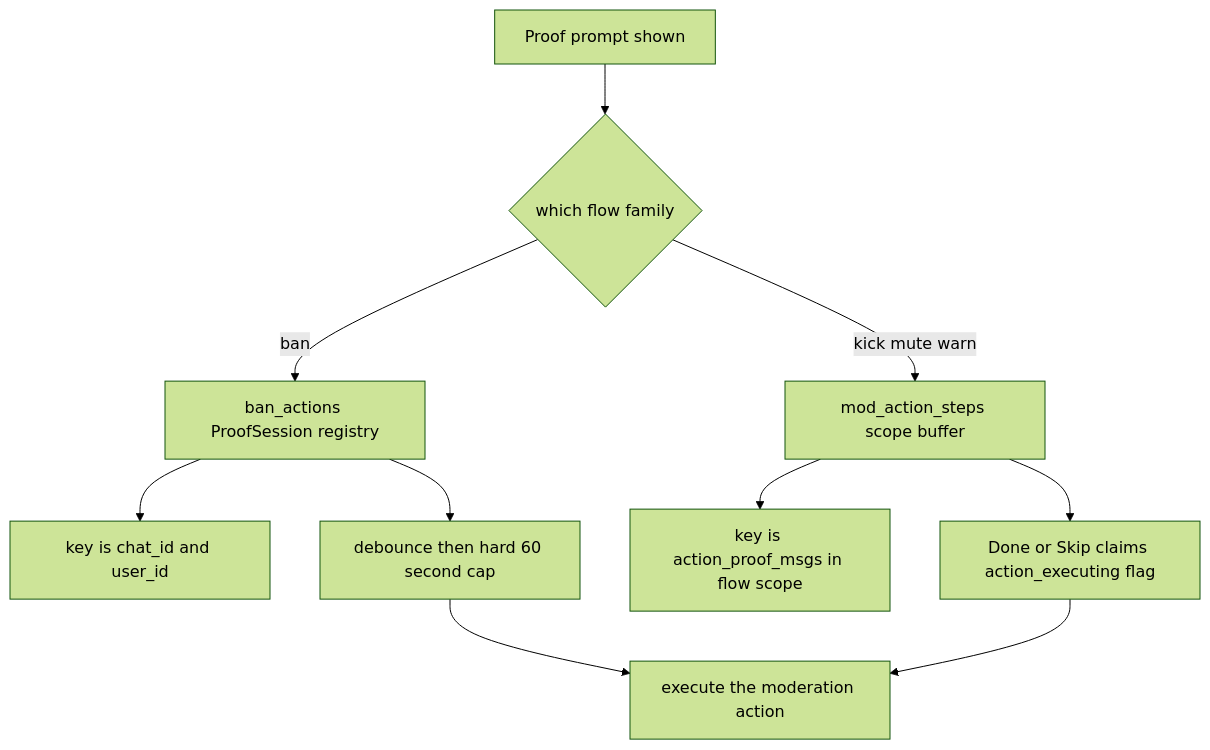
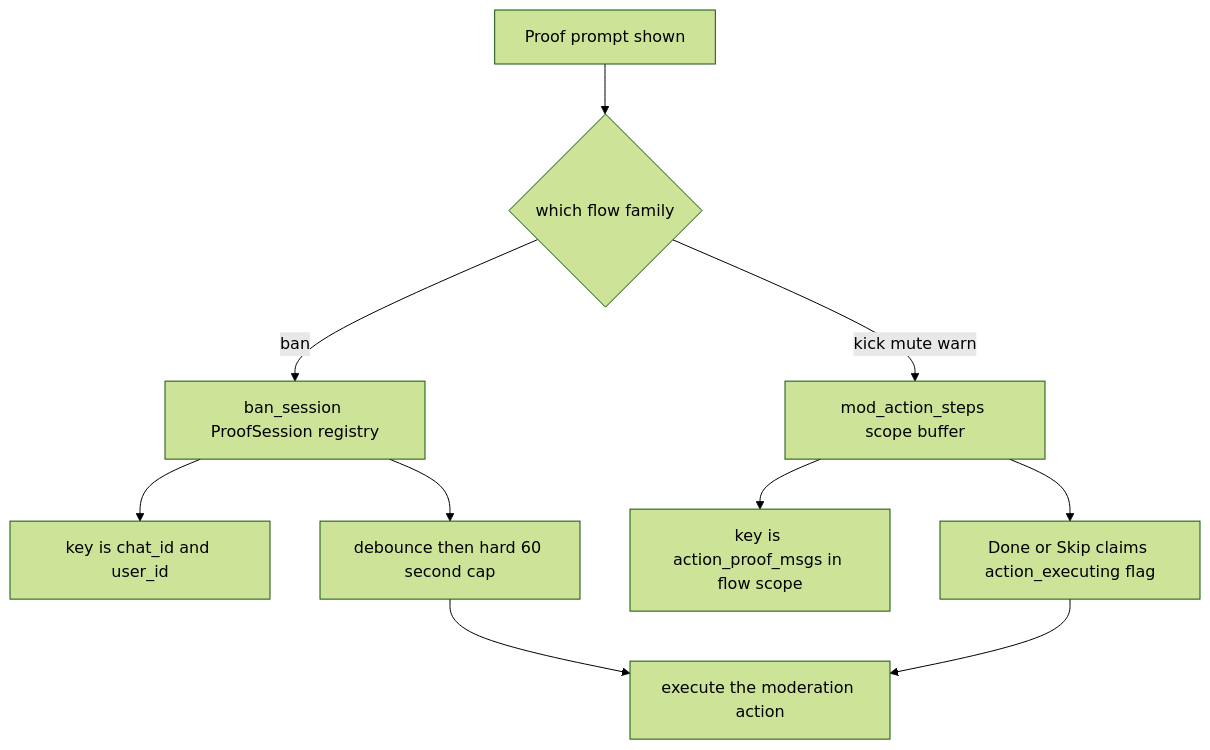
One commit to D1ZZY4/tcbot changed the first of 4 diagrams in docs/flows/proof.md. Above: the diagram before and after it, drawn with Mermaid (forest theme). The commit also changed other lines of this file and 24 other files, not shown here.

````diff
--- a/docs/flows/proof.md
+++ b/docs/flows/proof.md
@@ -40,12 +40,12 @@
 ```mermaid
 flowchart TD
     START[Proof prompt shown] --> KIND{which flow family}
-    KIND -->|ban| SESS[ban_actions ProofSession registry]
+    KIND -->|ban| SESS[ban_session ProofSession registry]
     KIND -->|kick mute warn| SCOPE[mod_action_steps scope buffer]
     SESS --> KEY[key is chat_id and user_id]
     SCOPE --> BUF[key is action_proof_msgs in flow scope]
     SESS --> DEB[debounce then hard 60 second cap]
     SCOPE --> DONE[Done or Skip claims action_executing flag]
     DEB --> EXEC[execute the moderation action]
     DONE --> EXEC
 ```
````
